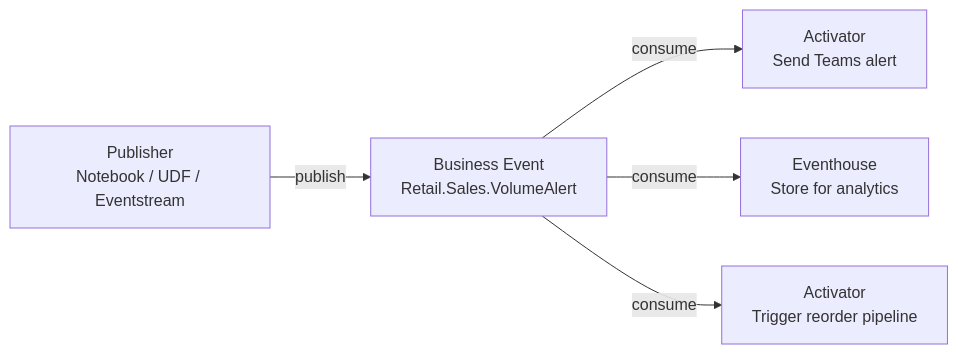
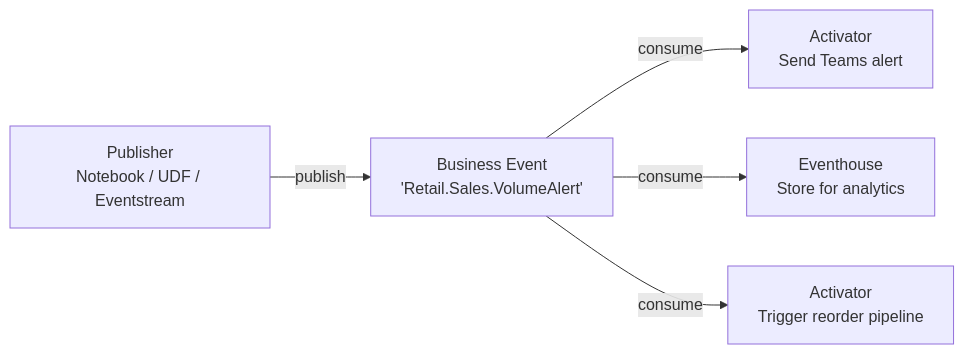
The first of 4 diagrams in docs/business-events/design-guides/multi-consumer-fanout.md (microsoft/fabric-events), drawn with Mermaid before and after one commit. The commit also changed other lines of this file and 9 other files, not shown here.

First line of the commit message:
Standardize Business Event diagram nodes across all articles

````diff
--- a/docs/business-events/design-guides/multi-consumer-fanout.md
+++ b/docs/business-events/design-guides/multi-consumer-fanout.md
@@ -7,7 +7,7 @@
 ```mermaid
 flowchart LR
-    P[Publisher\nNotebook / UDF / Eventstream] -->|publish| BE[Business Event\nRetail.Sales.VolumeAlert]
+    P[Publisher\nNotebook / UDF / Eventstream] -->|publish| BE[Business Event\n'Retail.Sales.VolumeAlert']
     BE -->|consume| A[Activator\nSend Teams alert]
     BE -->|consume| B[Eventhouse\nStore for analytics]
     BE -->|consume| C[Activator\nTrigger reorder pipeline]
 ```
````
